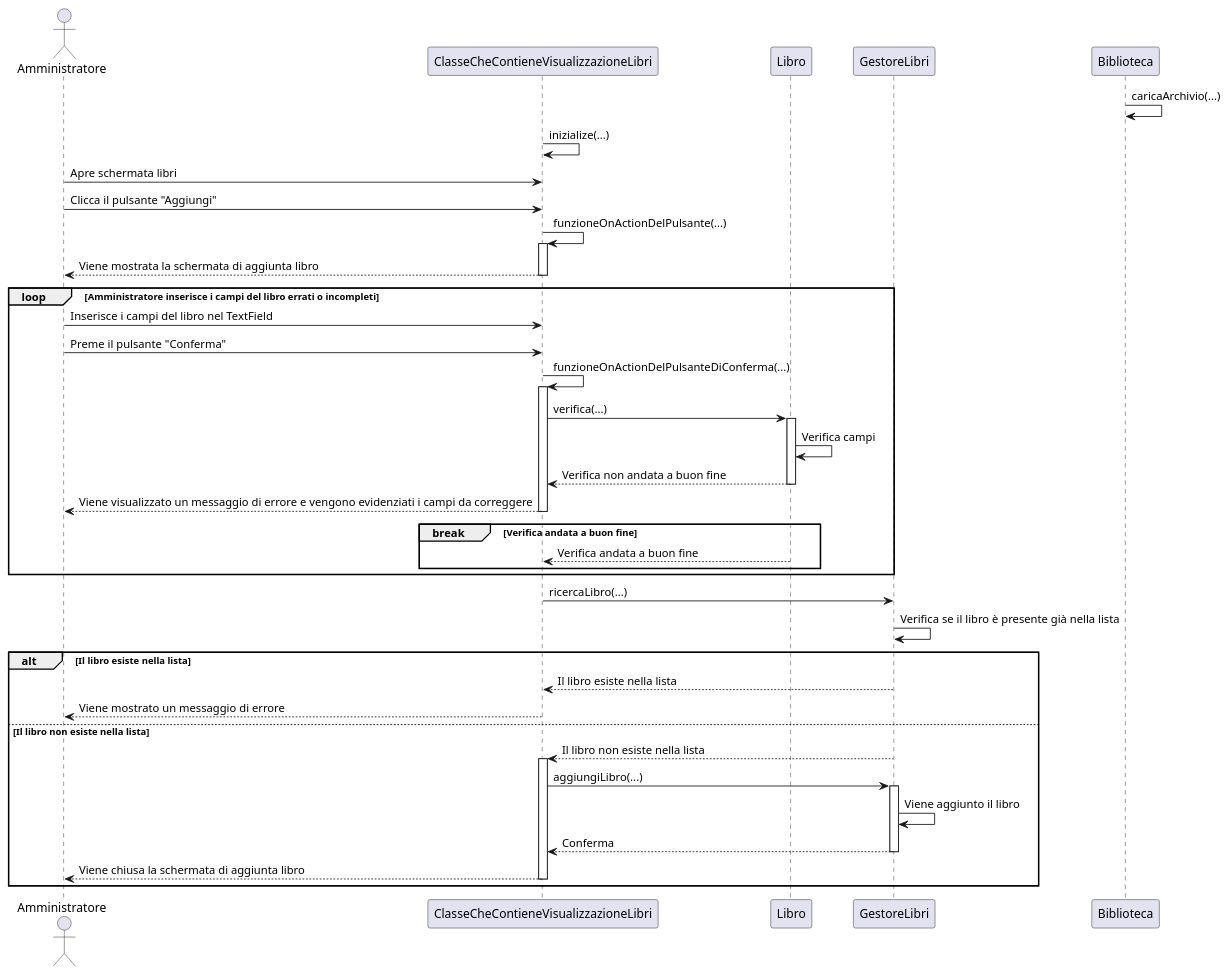
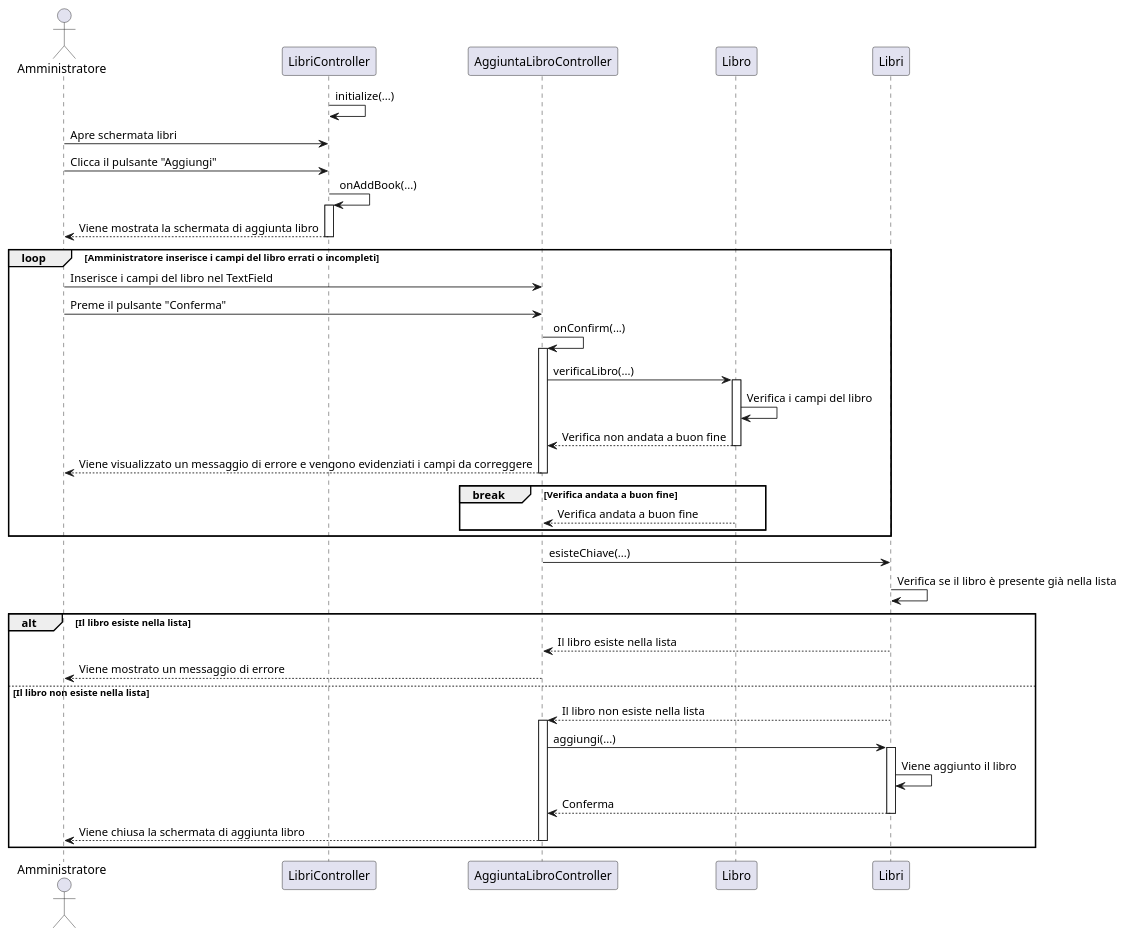
Before and after one commit to TitanVoid/ProgSE-Biblioteca: the diagram in documents/DiagrammiUML/DiagrammiDiSequenza/diagrammaC4InserimentoLibro.puml, drawn with PlantUML. The commit also changed 21 other files, not shown here.

Commit message:
Aggiornamento diagrammi di sequenza

```diff
--- a/documents/DiagrammiUML/DiagrammiDiSequenza/diagrammaC4InserimentoLibro.puml
+++ b/documents/DiagrammiUML/DiagrammiDiSequenza/diagrammaC4InserimentoLibro.puml
@@ -1,61 +1,60 @@
 @startuml
 
 	actor Amministratore as a
-	participant ClasseCheContieneVisualizzazioneLibri as cvl
+	participant LibriController as cvl
+	participant AggiuntaLibroController as alc
 	participant Libro as l
-	participant GestoreLibri as gl
-	participant Biblioteca as b
+	participant Libri as gl
 
-	b->b: caricaArchivio(...)
-	cvl->cvl: inizialize(...)
+	cvl->cvl: initialize(...)
 	a->cvl: Apre schermata libri
 	a->cvl: Clicca il pulsante "Aggiungi"
 
-	cvl->cvl: funzioneOnActionDelPulsante(...)
+	cvl->cvl: onAddBook(...)
 	activate cvl
 		cvl --> "a": Viene mostrata la schermata di aggiunta libro
 	deactivate cvl
 
 	'Flusso alternativo
 	loop Amministratore inserisce i campi del libro errati o incompleti
-		a->cvl: Inserisce i campi del libro nel TextField
-		a->cvl: Preme il pulsante "Conferma"
-		cvl->cvl: funzioneOnActionDelPulsanteDiConferma(...)
-		activate cvl
-			cvl-> l: verifica(...)
+		a->alc: Inserisce i campi del libro nel TextField
+		a->alc: Preme il pulsante "Conferma"
+		alc->alc: onConfirm(...)
+		activate alc
+			alc-> l: verificaLibro(...)
 			activate l
-				l -> l: Verifica campi
-				l --> cvl: Verifica non andata a buon fine
+				l -> l: Verifica i campi del libro
+				l --> alc: Verifica non andata a buon fine
 				deactivate l
-				cvl-->a: Viene visualizzato un messaggio di errore e vengono evidenziati i campi da correggere
-			deactivate cvl
+				alc-->a: Viene visualizzato un messaggio di errore e vengono evidenziati i campi da correggere
+			deactivate alc
 		
 		'Condizione di uscita dal loop
 		break Verifica andata a buon fine
-			l --> cvl: Verifica andata a buon fine
+			l --> alc: Verifica andata a buon fine
 		end
 	end
 
-	cvl -> gl: ricercaLibro(...)
+	alc -> gl: esisteChiave(...)
 		 
 			gl -> gl: Verifica se il libro è presente già nella lista
 		
 
 	'Non è possibile inserire due libri uguali quindi ne si verifica l'univocità
 	alt Il libro esiste nella lista		
-		gl-->cvl: Il libro esiste nella lista
-		cvl-->a: Viene mostrato un messaggio di errore	
+		gl-->alc: Il libro esiste nella lista
+		alc-->a: Viene mostrato un messaggio di errore	
 	else Il libro non esiste nella lista
-		gl --> cvl: Il libro non esiste nella lista
-		activate cvl
-			cvl->gl: aggiungiLibro(...)
+		gl --> alc: Il libro non esiste nella lista
+		activate alc
+			alc->gl: aggiungi(...)
 			activate gl
 				gl->gl: Viene aggiunto il libro
-				gl --> cvl: Conferma
+				gl --> alc: Conferma
 				deactivate gl
-				cvl-->a: Viene chiusa la schermata di aggiunta libro
-		deactivate cvl
+				alc-->a: Viene chiusa la schermata di aggiunta libro
+		deactivate alc
 		
 	end
 
 @enduml
```
